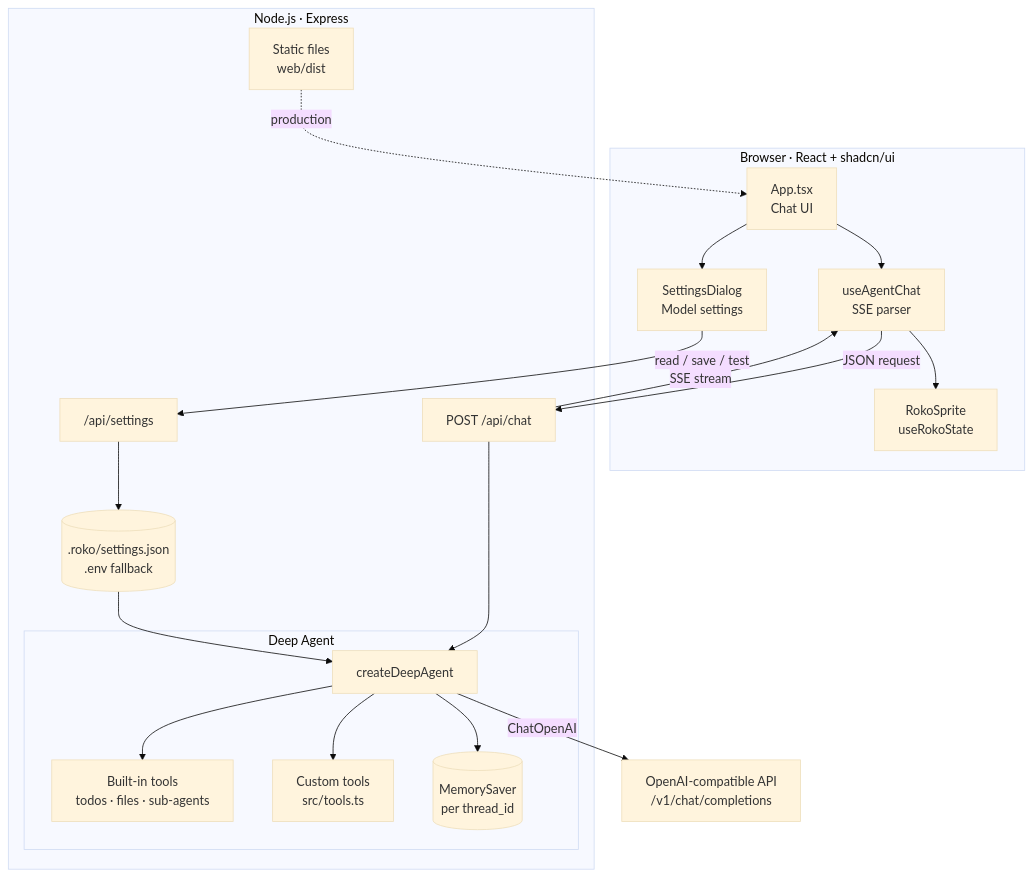
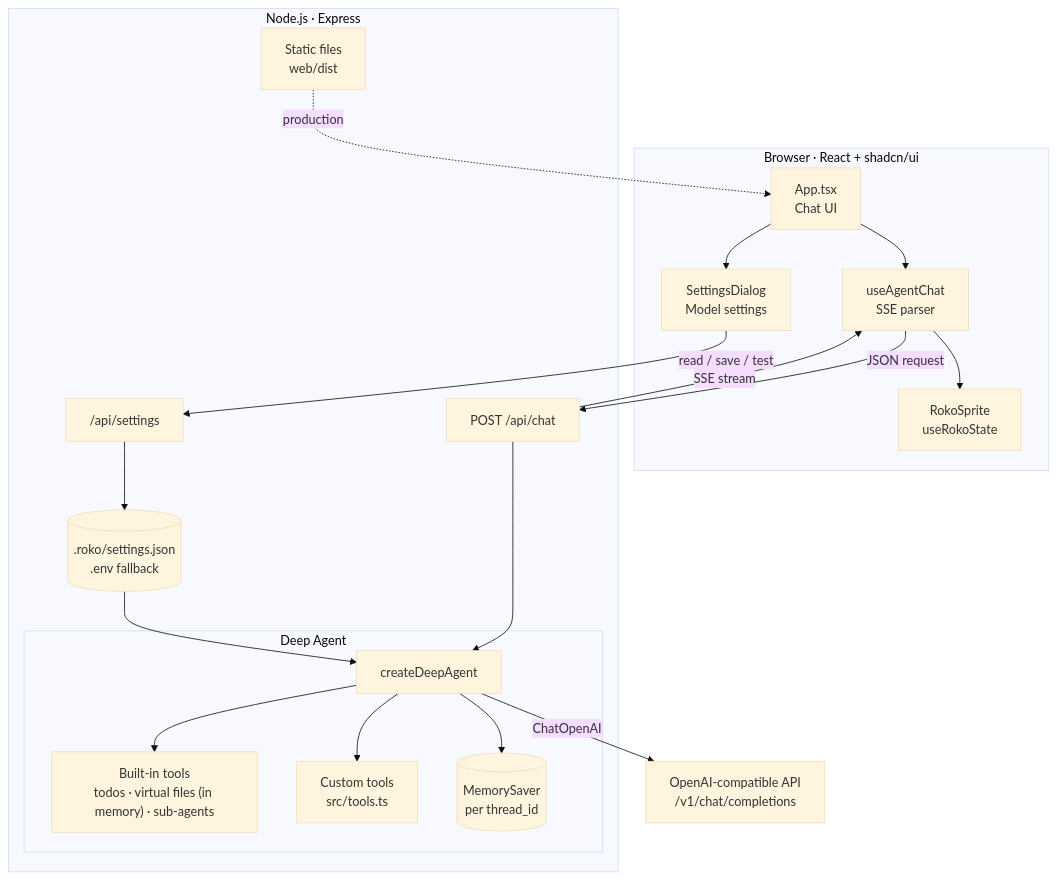
Before and after one commit to Suckashi/Roko-Demo: the first of 2 diagrams in README.md, drawn with Mermaid (base theme). The commit also changed other lines of this file and 1 other file, not shown here.

Commit message:
Clarify that built-in file tools use in-memory virtual files
Claude-Session: https://claude.ai/code/session_01SJV9sSDV9vAqSAGs1cyAER

````diff
--- a/README.md
+++ b/README.md
@@ -23,39 +23,39 @@
 ```mermaid
 flowchart TB
     subgraph Browser["Browser · React + shadcn/ui"]
         UI["App.tsx<br/>Chat UI"]
         Hook["useAgentChat<br/>SSE parser"]
         Mascot["RokoSprite<br/>useRokoState"]
         SettingsUI["SettingsDialog<br/>Model settings"]
         UI --> Hook
         Hook --> Mascot
         UI --> SettingsUI
     end
 
     subgraph Server["Node.js · Express"]
         API["POST /api/chat"]
         SettingsAPI["/api/settings"]
         Store[(".roko/settings.json<br/>.env fallback")]
         Static["Static files<br/>web/dist"]
         subgraph Agent["Deep Agent"]
             Runtime["createDeepAgent"]
-            Builtin["Built-in tools<br/>todos · files · sub-agents"]
+            Builtin["Built-in tools<br/>todos · virtual files (in memory) · sub-agents"]
             Custom["Custom tools<br/>src/tools.ts"]
             Memory[("MemorySaver<br/>per thread_id")]
             Runtime --> Builtin
             Runtime --> Custom
             Runtime --> Memory
         end
         API --> Runtime
         SettingsAPI --> Store
         Store --> Runtime
     end
 
     LLM["OpenAI-compatible API<br/>/v1/chat/completions"]
 
     Hook -- "JSON request" --> API
     SettingsUI -- "read / save / test" --> SettingsAPI
     API -- "SSE stream" --> Hook
     Static -. "production" .-> UI
     Runtime -- "ChatOpenAI" --> LLM
 ```
````
